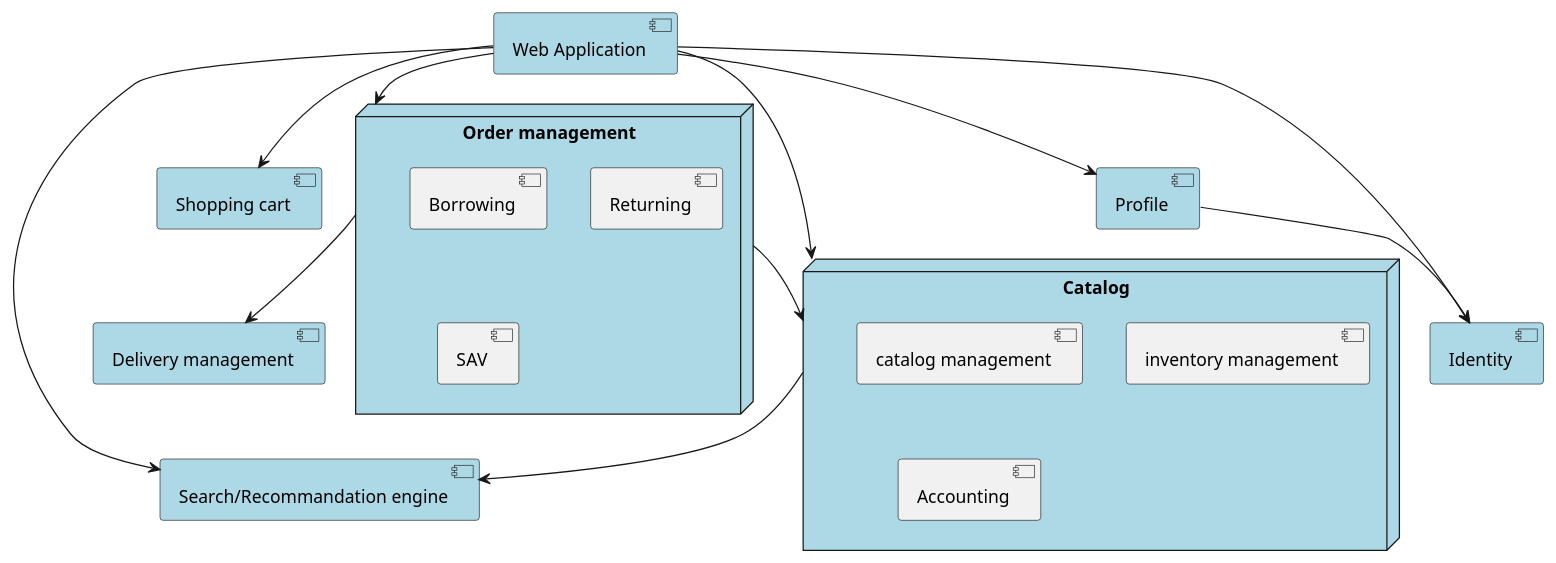
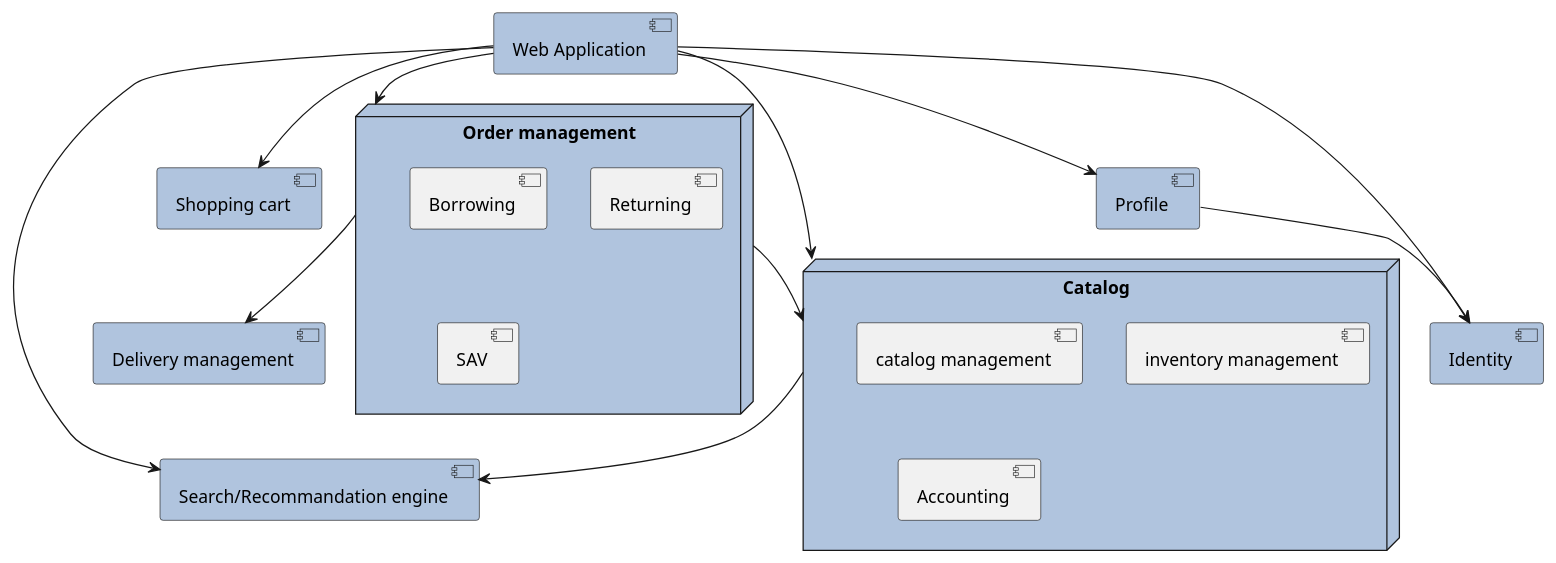
The diagram in microservice.puml (movies-albrains/.github), drawn with PlantUML before and after one commit. The commit also changed 1 other file, not shown here.

Commit message:
update microservice graphe

```diff
--- a/microservice.puml
+++ b/microservice.puml
@@ -1,38 +1,38 @@
 @startuml
 
-component "Web Application" #LightBlue
+component "Web Application" #LightSteelBlue
 
-component "Search/Recommandation engine" #LightBlue
+component "Search/Recommandation engine" #LightSteelBlue
 
-node "Order management" #LightBlue {
+node "Order management" #LightSteelBlue {
     [Borrowing]
     [Returning]
     [SAV]
 }
 
-component "Shopping cart" #LightBlue
+component "Shopping cart" #LightSteelBlue
 
-component "Delivery management" #LightBlue
+component "Delivery management" #LightSteelBlue
 
-node "Catalog" #LightBlue {
+node "Catalog" #LightSteelBlue {
     [catalog management]
     [inventory management]
     [Accounting]
 }
 
-component "Profile" #LightBlue
+component "Profile" #LightSteelBlue
 
-component "Identity" #LightBlue
+component "Identity" #LightSteelBlue
 
 "Web Application" --> Catalog
 "Web Application" --> Profile
 "Web Application" --> Identity
 "Web Application" --> "Search/Recommandation engine"
 "Web Application" --> "Shopping cart"
 "Web Application" --> "Order management"
 Catalog --> "Search/Recommandation engine"
 "Order management" --> Catalog
 "Order management" --> "Delivery management"
 Profile --> Identity
 
 @enduml
```
